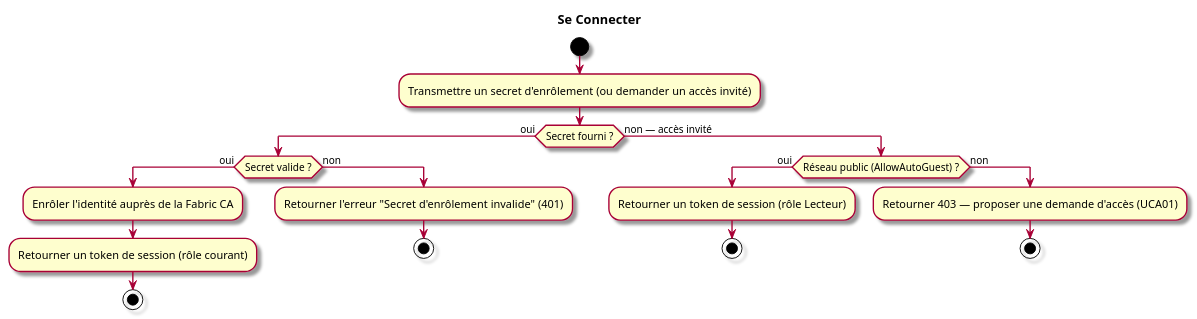
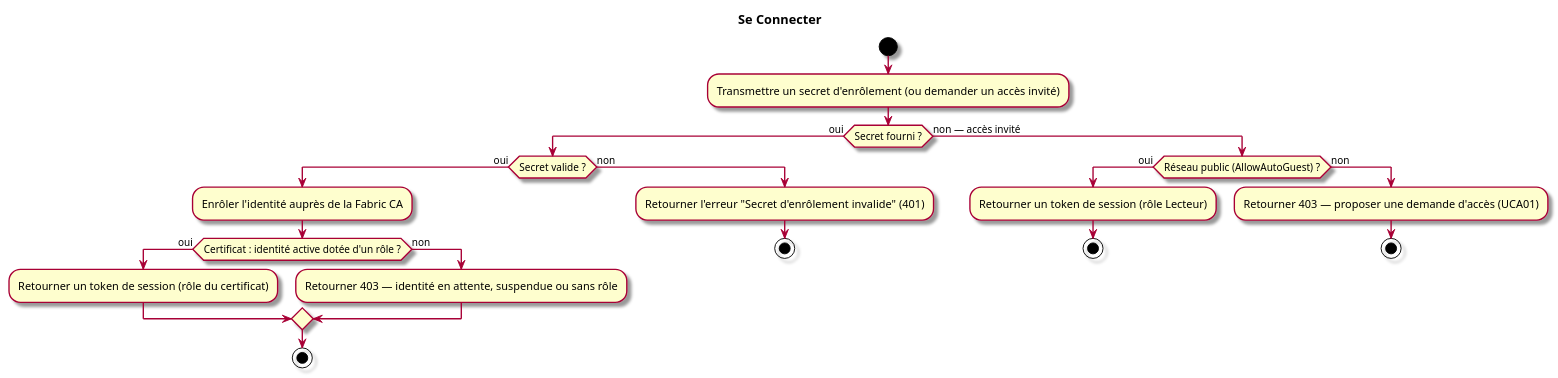
Before and after one commit to myr-forge/myr-core: the second of 2 diagrams in specs/1-Expression/UCA-Compte_et_Acces/UCA02.md, drawn with PlantUML. The commit also changed other lines of this file and 28 other files, not shown here.

````diff
--- a/specs/1-Expression/UCA-Compte_et_Acces/UCA02.md
+++ b/specs/1-Expression/UCA-Compte_et_Acces/UCA02.md
@@ -99,26 +108,30 @@
 ```plantuml
 @startuml
 skin rose
 title Se Connecter
 start
 :Transmettre un secret d'enrôlement (ou demander un accès invité);
 if (Secret fourni ?) then (oui)
   if (Secret valide ?) then (oui)
     :Enrôler l'identité auprès de la Fabric CA;
-    :Retourner un token de session (rôle courant);
+    if (Certificat : identité active dotée d'un rôle ?) then (oui)
+      :Retourner un token de session (rôle du certificat);
+    else (non)
+      :Retourner 403 — identité en attente, suspendue ou sans rôle;
+    endif
     stop
   else (non)
     :Retourner l'erreur "Secret d'enrôlement invalide" (401);
     stop
   endif
 else (non — accès invité)
   if (Réseau public (AllowAutoGuest) ?) then (oui)
     :Retourner un token de session (rôle Lecteur);
     stop
   else (non)
     :Retourner 403 — proposer une demande d'accès (UCA01);
     stop
   endif
 endif
 @enduml
 ```
````
